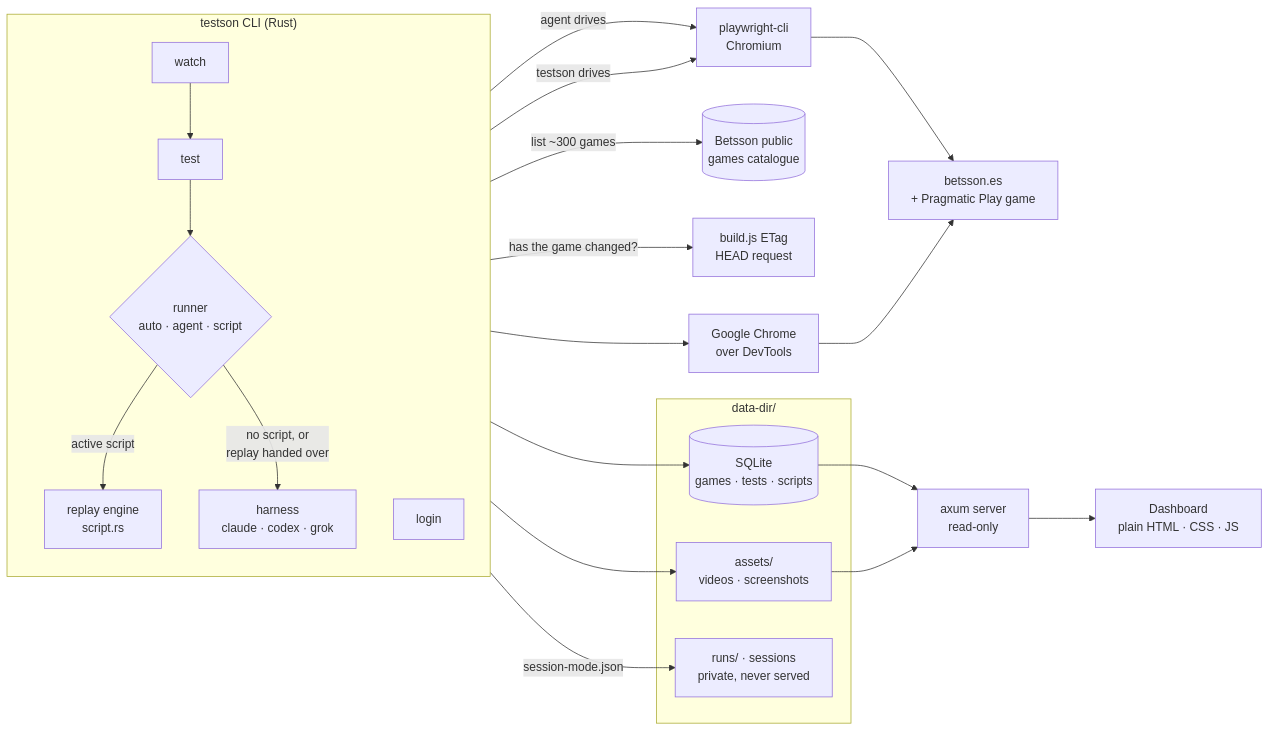
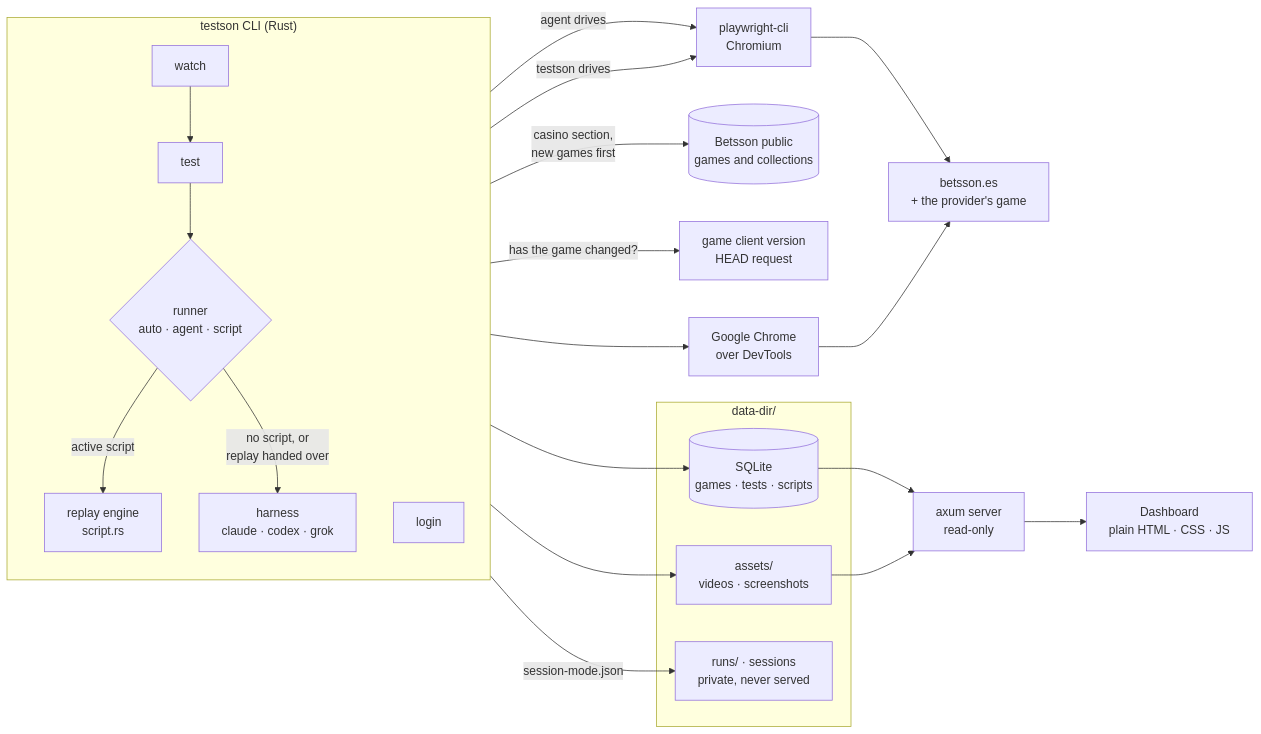
The diagram in README.md (seni-cs/testson), drawn with Mermaid before and after one commit. The commit also changed other lines of this file and 16 other files, not shown here.

````diff
--- a/README.md
+++ b/README.md
@@ -24,46 +25,46 @@
 ```mermaid
 flowchart LR
     subgraph CLI["testson CLI (Rust)"]
         direction TB
         watch["watch"]
         test["test"]
         login["login"]
         runner{"runner<br/>auto · agent · script"}
         replay["replay engine<br/>script.rs"]
         harness["harness<br/>claude · codex · grok"]
         watch --> test
         test --> runner
         runner -->|"active script"| replay
         runner -->|"no script, or<br/>replay handed over"| harness
     end
 
-    catalog[("Betsson public<br/>games catalogue")]
-    etag["build.js ETag<br/>HEAD request"]
+    catalog[("Betsson public<br/>games and collections")]
+    etag["game client version<br/>HEAD request"]
     pw["playwright-cli<br/>Chromium"]
     chrome["Google Chrome<br/>over DevTools"]
-    betsson["betsson.es<br/>+ Pragmatic Play game"]
+    betsson["betsson.es<br/>+ the provider's game"]
 
-    watch -->|"list ~300 games"| catalog
+    watch -->|"casino section,<br/>new games first"| catalog
     watch -->|"has the game changed?"| etag
     harness -->|"agent drives"| pw
     replay -->|"testson drives"| pw
     login --> chrome
     pw --> betsson
     chrome --> betsson
 
     subgraph Data["data-dir/"]
         db[("SQLite<br/>games · tests · scripts")]
         assets["assets/<br/>videos · screenshots"]
         private["runs/ · sessions<br/>private, never served"]
     end
 
     test --> db
     test --> assets
     login -->|"session-mode.json"| private
 
     server["axum server<br/>read-only"]
     web["Dashboard<br/>plain HTML · CSS · JS"]
     db --> server
     assets --> server
     server --> web
 ```
````
